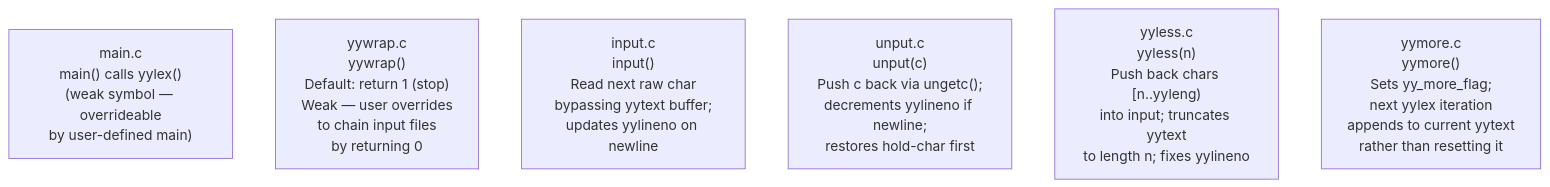
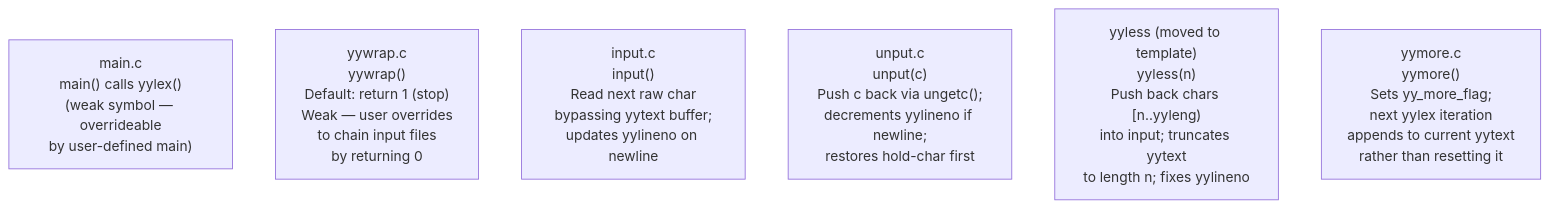
One commit to StrixzIV/ft_lex changed the eighth of 9 diagrams in README.md. Above: the diagram before and after it, drawn with Mermaid. The commit also changed other lines of this file, not shown here.

Commit message:
Docs: update README to reflect POSIX compliance fixes and new features

````diff
--- a/README.md
+++ b/README.md
@@ -484,9 +489,9 @@
 ```mermaid
 flowchart TB
     main_c["main.c<br>main() calls yylex()<br>(weak symbol — overrideable<br>by user-defined main)"]
     yw["yywrap.c<br>yywrap()<br>Default: return 1 (stop)<br>Weak — user overrides<br>to chain input files<br>by returning 0"]
     inp["input.c<br>input()<br>Read next raw char<br>bypassing yytext buffer;<br>updates yylineno on newline"]
     unp["unput.c<br>unput(c)<br>Push c back via ungetc();<br>decrements yylineno if newline;<br>restores hold-char first"]
-    yl["yyless.c<br>yyless(n)<br>Push back chars [n..yyleng)<br>into input; truncates yytext<br>to length n; fixes yylineno"]
+    yl["yyless (moved to template)<br>yyless(n)<br>Push back chars [n..yyleng)<br>into input; truncates yytext<br>to length n; fixes yylineno"]
     ym["yymore.c<br>yymore()<br>Sets yy_more_flag;<br>next yylex iteration<br>appends to current yytext<br>rather than resetting it"]
 ```
````
